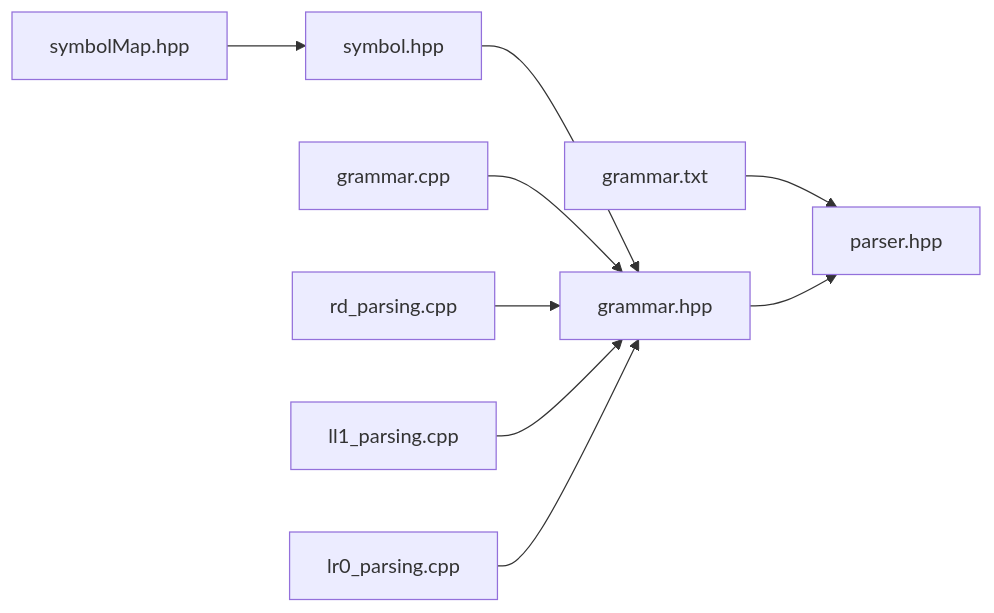
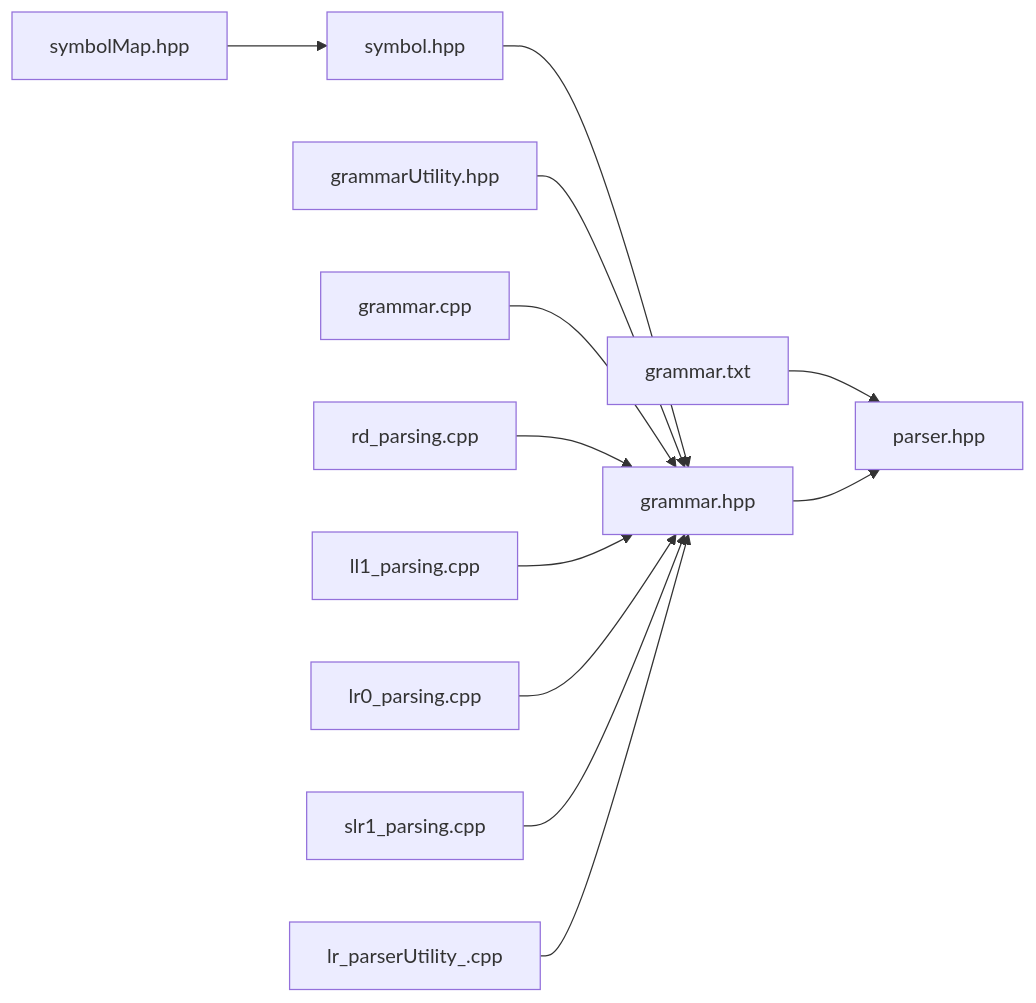
Before and after one commit to sauravatgithub-web/Compiler: the third of 3 diagrams in README.md, drawn with Mermaid. The commit also changed other lines of this file and 5 other files, not shown here.

Commit message:
Implemented SLR(1) parser

````diff
--- a/README.md
+++ b/README.md
@@ -133,11 +136,14 @@
 ```mermaid
 flowchart LR
     GT[grammar.txt] --> P[parser.hpp]
     SM[symbolMap.hpp] --> S[symbol.hpp]
     S --> GH[grammar.hpp]
     GH --> P
+    GU[grammarUtility.hpp] --> GH
     GC[grammar.cpp] --> GH
     RDP[rd_parsing.cpp] --> GH
     LL1P[ll1_parsing.cpp] --> GH
     LR0P[lr0_parsing.cpp] --> GH
+    SLR1P[slr1_parsing.cpp] --> GH
+    LRPU[lr_parserUtility_.cpp] --> GH
 ```
````
